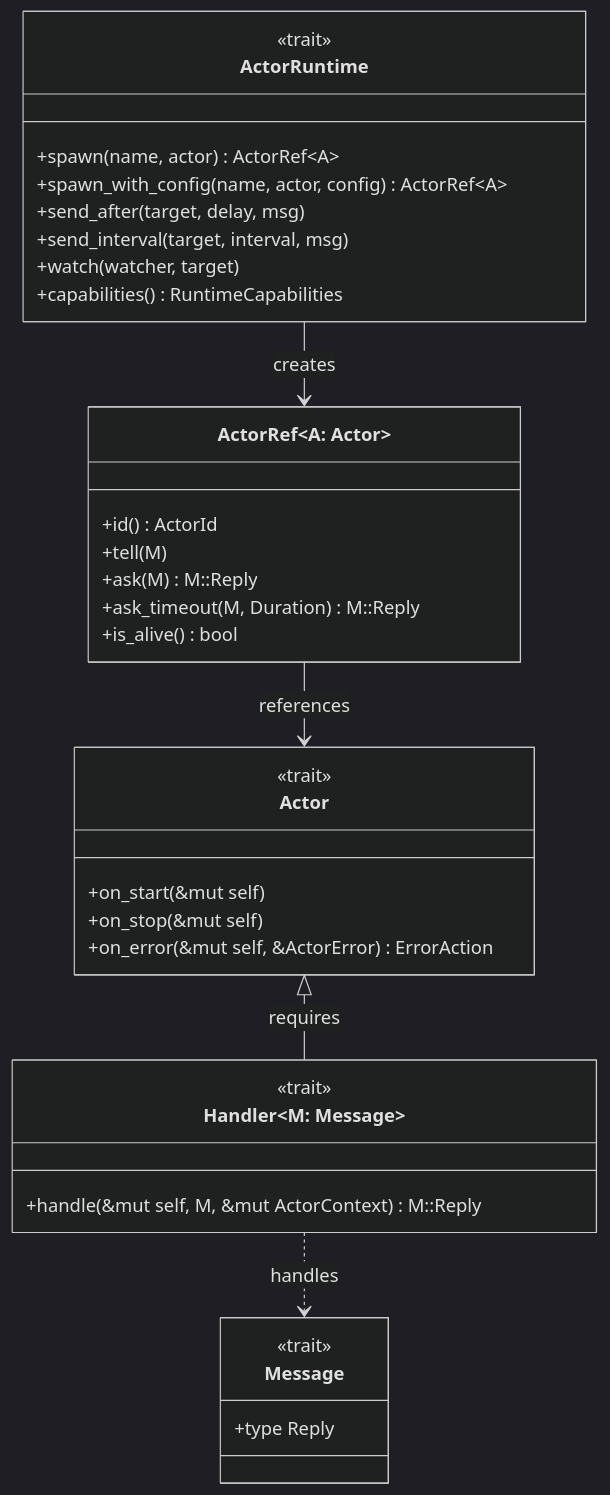
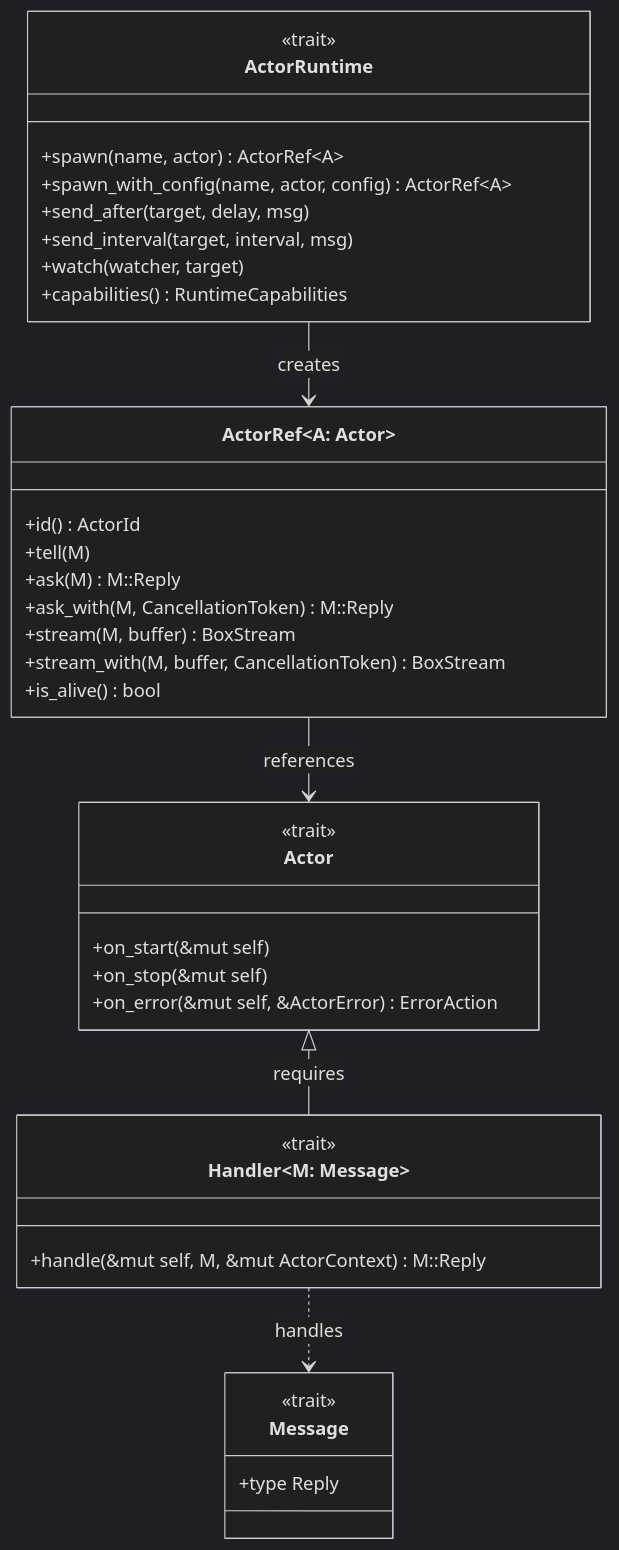
One commit to ditas-team/dactor changed the second of 14 diagrams in docs/design-v0.2.md. Above: the diagram before and after it, drawn with Mermaid (dark theme). The commit also changed other lines of this file, not shown here.

First line of the commit message:
docs: replace ask_timeout with CancellationToken pattern

````diff
--- a/docs/design-v0.2.md
+++ b/docs/design-v0.2.md
@@ -217,37 +217,39 @@
 ```mermaid
 classDiagram
     class Actor {
         <<trait>>
         +on_start(&mut self)
         +on_stop(&mut self)
         +on_error(&mut self, &ActorError) ErrorAction
     }
     class Message {
         <<trait>>
         +type Reply
     }
     class Handler~M: Message~ {
         <<trait>>
         +handle(&mut self, M, &mut ActorContext) M::Reply
     }
     class ActorRef~A: Actor~ {
         +id() ActorId
         +tell(M)
         +ask(M) M::Reply
-        +ask_timeout(M, Duration) M::Reply
+        +ask_with(M, CancellationToken) M::Reply
+        +stream(M, buffer) BoxStream
+        +stream_with(M, buffer, CancellationToken) BoxStream
         +is_alive() bool
     }
     class ActorRuntime {
         <<trait>>
         +spawn(name, actor) ActorRef~A~
         +spawn_with_config(name, actor, config) ActorRef~A~
         +send_after(target, delay, msg)
         +send_interval(target, interval, msg)
         +watch(watcher, target)
         +capabilities() RuntimeCapabilities
     }
     Actor <|-- Handler: requires
     Handler ..> Message: handles
     ActorRef --> Actor: references
     ActorRuntime --> ActorRef: creates
 ```
````
